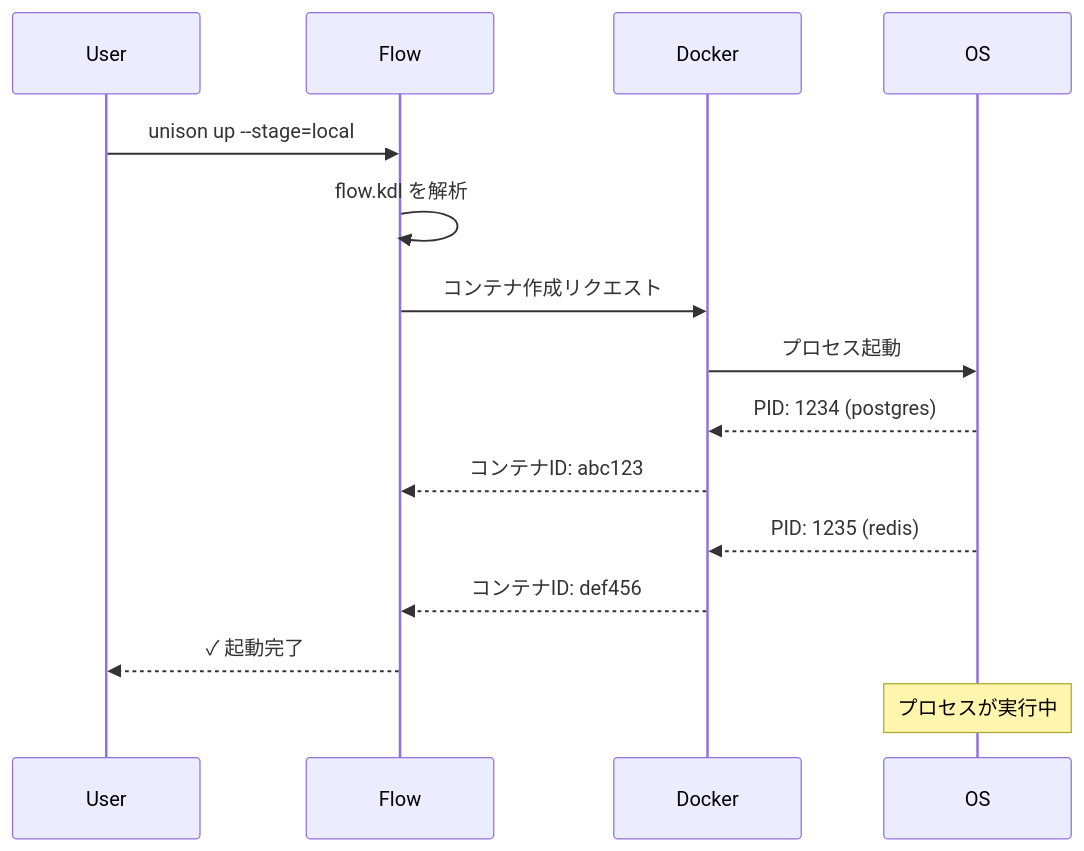
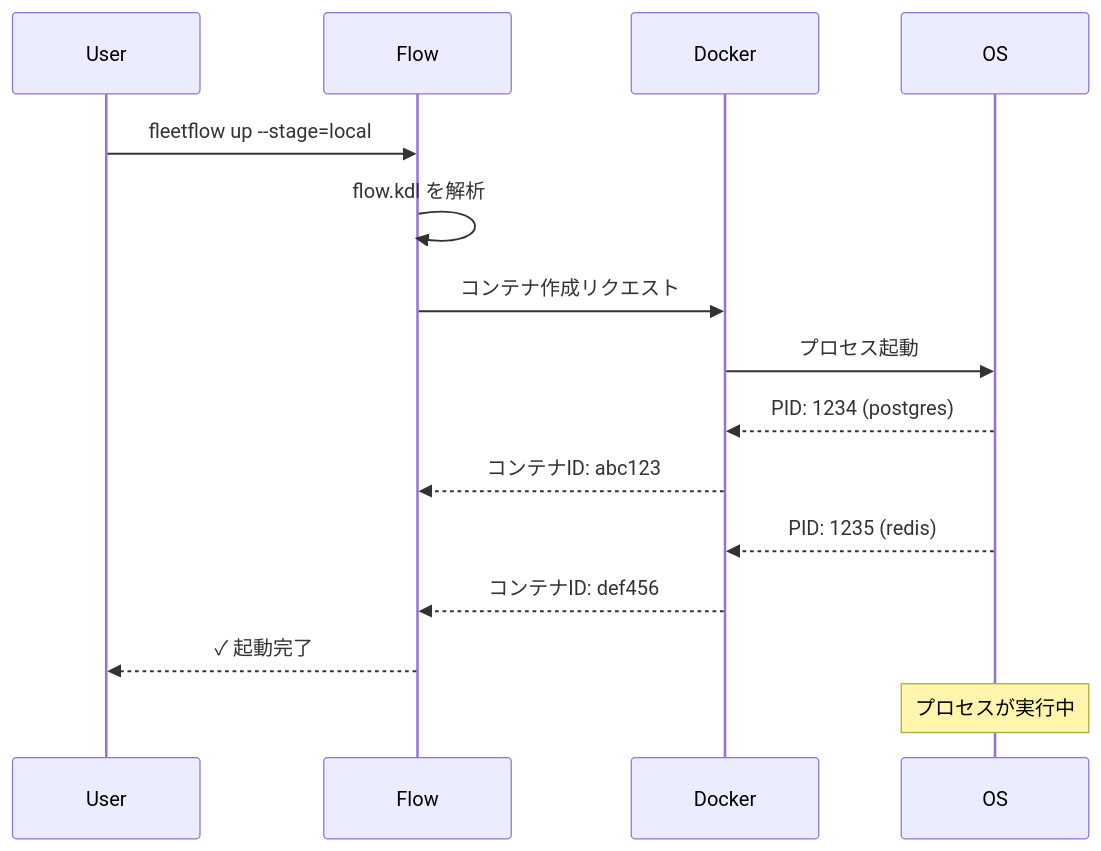
Before and after one commit to chronista-club/fleetflow: the second of 4 diagrams in spec/01-core-concept/SPEC.md, drawn with Mermaid. The commit also changed other lines of this file and 5 other files, not shown here.

````diff
--- a/spec/01-core-concept/SPEC.md
+++ b/spec/01-core-concept/SPEC.md
@@ -27,19 +27,19 @@
 ```mermaid
 sequenceDiagram
     participant User
     participant Flow
     participant Docker
     participant OS
 
-    User->>Flow: unison up --stage=local
+    User->>Flow: fleetflow up --stage=local
     Flow->>Flow: flow.kdl を解析
     Flow->>Docker: コンテナ作成リクエスト
     Docker->>OS: プロセス起動
     OS-->>Docker: PID: 1234 (postgres)
     Docker-->>Flow: コンテナID: abc123
     OS-->>Docker: PID: 1235 (redis)
     Docker-->>Flow: コンテナID: def456
     Flow-->>User: ✓ 起動完了
 
     Note over OS: プロセスが実行中
 ```
````
